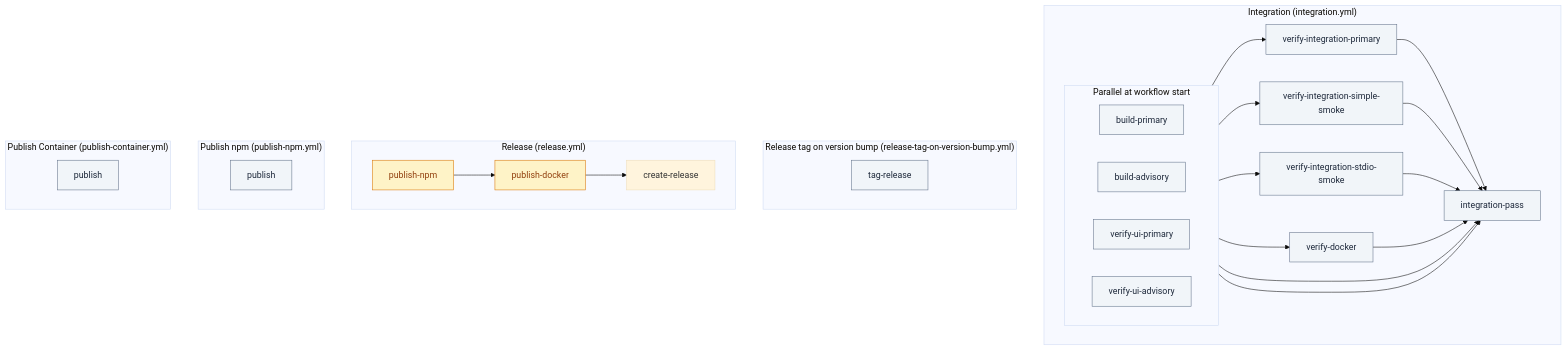
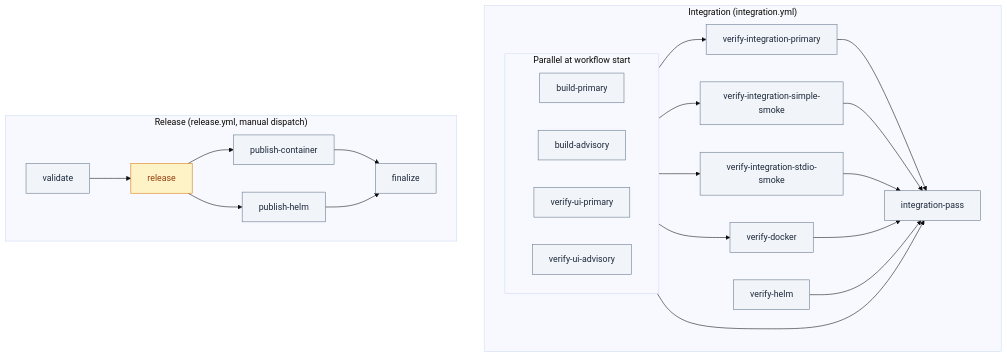
The second of 2 diagrams in .github/workflows/README.md (jakub-plichcinski/kairos-mcp), drawn with Mermaid (base theme) before and after one commit. The commit also changed other lines of this file and 23 other files, not shown here.

````diff
--- a/.github/workflows/README.md
+++ b/.github/workflows/README.md
@@ -99,51 +106,46 @@
 ```mermaid
 flowchart TB
   subgraph INT_WF["Integration (integration.yml)"]
     subgraph parallel_start [Parallel at workflow start]
       direction LR
       J_BLD_P[build-primary]
       J_BLD_A[build-advisory]
       J_UI_P[verify-ui-primary]
       J_UI_A[verify-ui-advisory]
     end
     J_INT_P[verify-integration-primary]
     J_SIMP[verify-integration-simple-smoke]
     J_STDIO[verify-integration-stdio-smoke]
     J_DKR[verify-docker]
+    J_HELM[verify-helm]
     J_PASS[integration-pass]
     J_BLD_P --> J_INT_P
     J_BLD_P --> J_SIMP
     J_BLD_P --> J_STDIO
     J_BLD_P --> J_DKR
-    J_BLD_P --> J_PASS
     J_UI_P --> J_PASS
     J_INT_P --> J_PASS
     J_SIMP --> J_PASS
     J_STDIO --> J_PASS
     J_DKR --> J_PASS
+    J_HELM --> J_PASS
   end
 
-  subgraph RTAG_WF["Release tag on version bump (release-tag-on-version-bump.yml)"]
-    J_TAG[tag-release]
-  end
-
-  subgraph REL_WF["Release (release.yml)"]
-    J_NPM[publish-npm]
-    J_DOCKER[publish-docker]
-    J_REL[create-release]
-    J_NPM --> J_DOCKER --> J_REL
-  end
-
-  subgraph PNPM_WF["Publish npm (publish-npm.yml)"]
-    J_PNPM[publish]
-  end
-
-  subgraph PCONT_WF["Publish Container (publish-container.yml)"]
-    J_PCONT[publish]
+  subgraph REL_WF["Release (release.yml, manual dispatch)"]
+    J_VAL[validate]
+    J_REL[release]
+    J_PIMG[publish-container]
+    J_PHELM[publish-helm]
+    J_FIN[finalize]
+    J_VAL --> J_REL
+    J_REL --> J_PIMG
+    J_REL --> J_PHELM
+    J_PIMG --> J_FIN
+    J_PHELM --> J_FIN
   end
 
   classDef jobDefault fill:#f1f5f9,stroke:#64748b,color:#1e293b
   classDef jobNeeds fill:#fef3c7,stroke:#d97706,color:#92400e
-  class J_BLD_P,J_BLD_A,J_UI_P,J_UI_A,J_INT_P,J_SIMP,J_STDIO,J_DKR,J_PASS,J_TAG,J_PNPM,J_PCONT jobDefault
-  class J_NPM,J_DOCKER jobNeeds
+  class J_BLD_P,J_BLD_A,J_UI_P,J_UI_A,J_INT_P,J_SIMP,J_STDIO,J_DKR,J_HELM,J_PASS,J_VAL,J_PIMG,J_PHELM,J_FIN jobDefault
+  class J_REL jobNeeds
 ```
````
